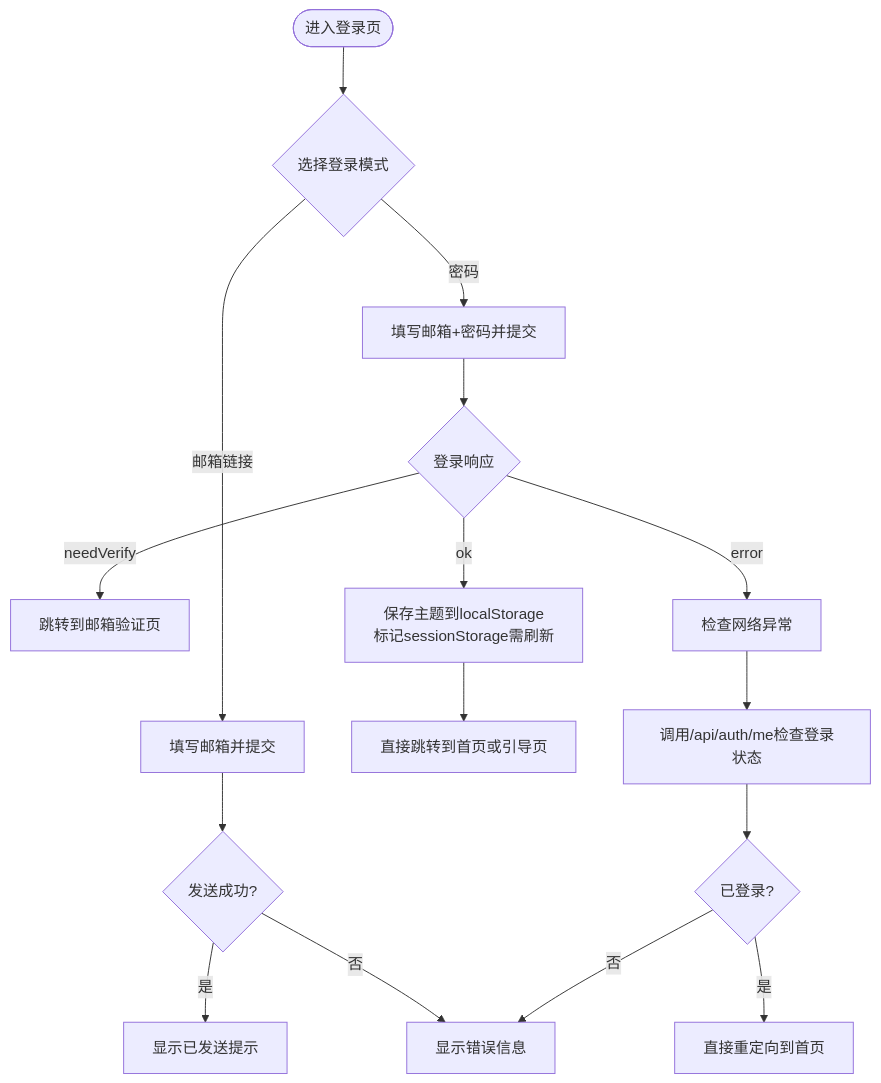
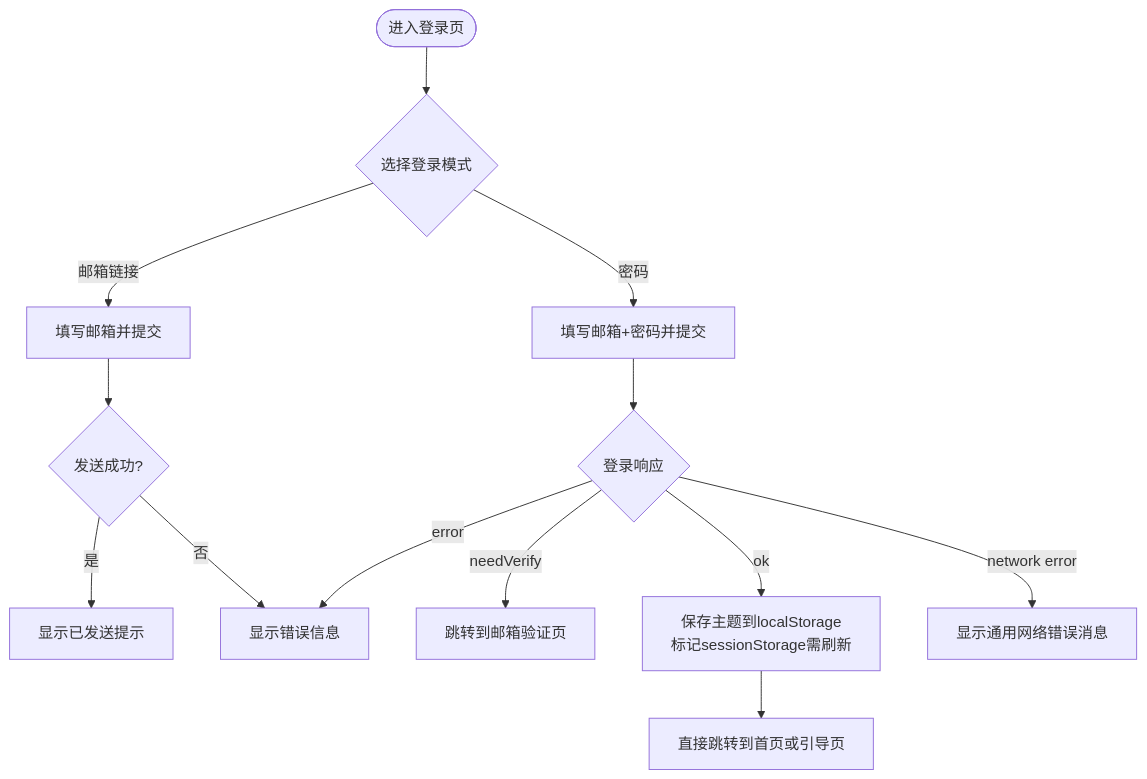
One commit to kangkang919/xinya changed the third of 10 diagrams in .qoder/repowiki/zh/content/用户认证系统/登录页面调试功能.md. Above: the diagram before and after it, drawn with Mermaid. The commit also changed other lines of this file and 35 other files, not shown here.

````diff
--- a/.qoder/repowiki/zh/content/用户认证系统/登录页面调试功能.md
+++ b/.qoder/repowiki/zh/content/用户认证系统/登录页面调试功能.md
@@ -208,18 +195,15 @@
 ```mermaid
 flowchart TD
 Start(["进入登录页"]) --> Mode{"选择登录模式"}
 Mode --> |邮箱链接| MagicForm["填写邮箱并提交"]
 Mode --> |密码| PassForm["填写邮箱+密码并提交"]
 MagicForm --> SendOK{"发送成功?"}
 SendOK --> |是| ShowSent["显示已发送提示"]
 SendOK --> |否| ShowErr["显示错误信息"]
 PassForm --> LoginRes{"登录响应"}
 LoginRes --> |needVerify| GoVerify["跳转到邮箱验证页"]
 LoginRes --> |ok| SaveTheme["保存主题到localStorage<br/>标记sessionStorage需刷新"]
 SaveTheme --> Redirect["直接跳转到首页或引导页"]
-LoginRes --> |error| NetworkCheck["检查网络异常"]
-NetworkCheck --> MeAPI["调用/api/auth/me检查登录状态"]
-MeAPI --> LoggedIn{"已登录?"}
-LoggedIn --> |是| DirectRedirect["直接重定向到首页"]
-LoggedIn --> |否| ShowErr
+LoginRes --> |error| ShowErr
+LoginRes --> |network error| SimpleError["显示通用网络错误消息"]
 ```
````
